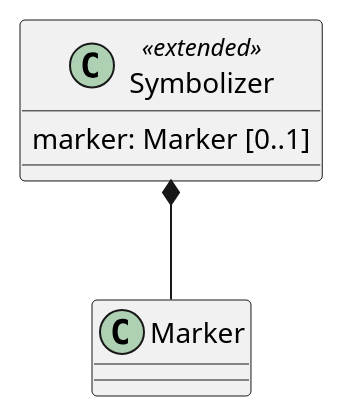
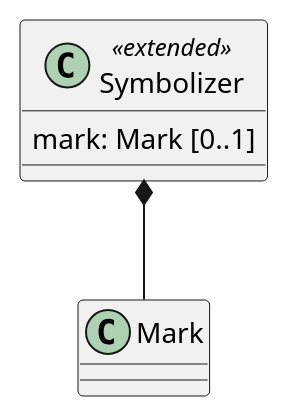
One commit to opengeospatial/styles-and-symbology changed the third of 6 diagrams in core/sections/clause_9_coverage.adoc. Above: the diagram before and after it, drawn with PlantUML. The commit also changed other lines of this file and 1 other file, not shown here.

Commit message:
18-functions; 9-coverage: Clean up of new capabilities

```diff
--- a/core/sections/clause_9_coverage.adoc
+++ b/core/sections/clause_9_coverage.adoc
@@ -179,7 +179,7 @@
 [plantuml, target=diagram-classes, format=png]
 ....
 
 class Symbolizer <<extended>>
-Symbolizer : marker: Marker [0..1]
-Symbolizer *-- Marker
+Symbolizer : mark: Mark [0..1]
+Symbolizer *-- Mark
 ....
```
